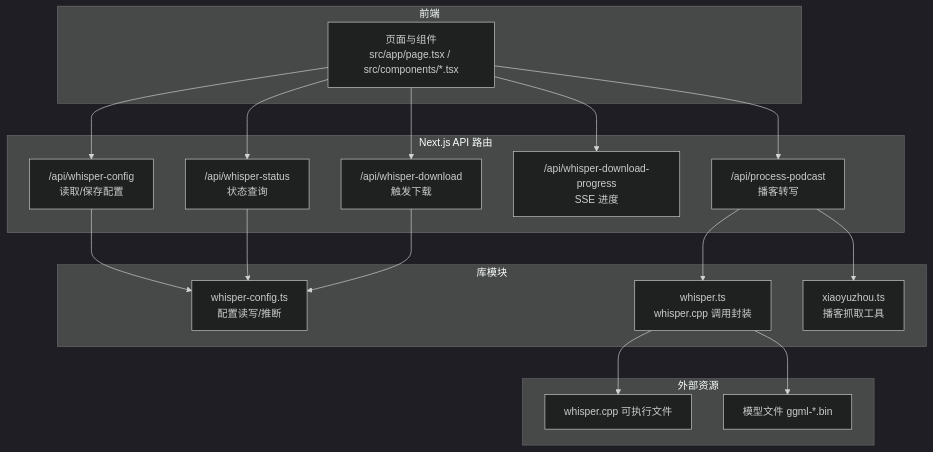
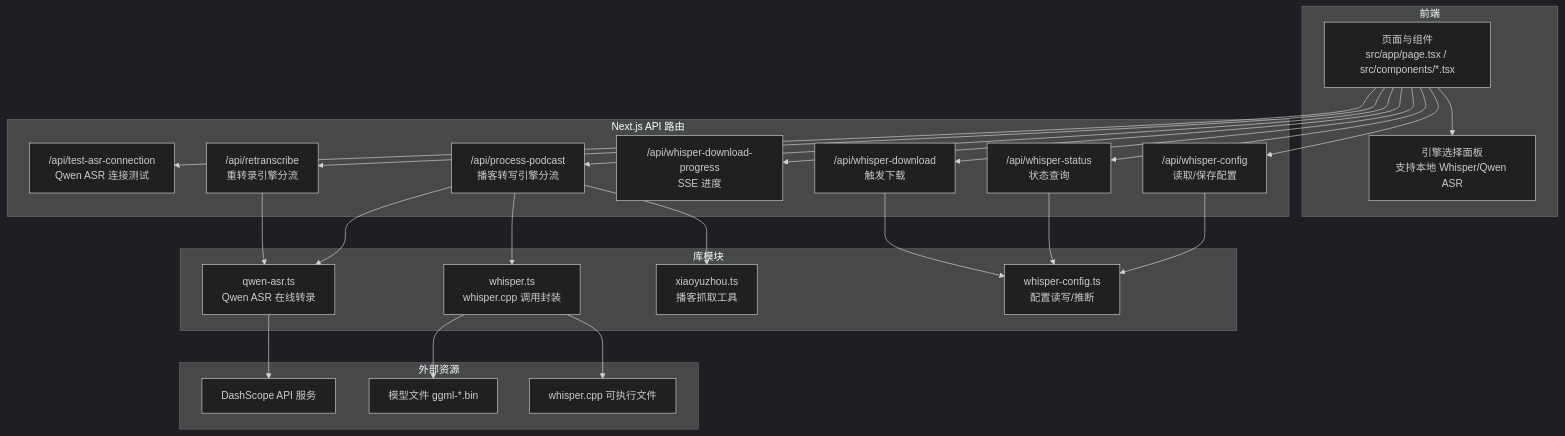
One commit to clawbotai/memo-flow changed the first of 10 diagrams in .qoder/repowiki/zh/content/核心功能模块/语音识别引擎.md. Above: the diagram before and after it, drawn with Mermaid (dark theme). The commit also changed other lines of this file and 4 other files, not shown here.

````diff
--- a/.qoder/repowiki/zh/content/核心功能模块/语音识别引擎.md
+++ b/.qoder/repowiki/zh/content/核心功能模块/语音识别引擎.md
@@ -41,34 +46,45 @@
 ```mermaid
 graph TB
 subgraph "前端"
 UI["页面与组件<br/>src/app/page.tsx / src/components/*.tsx"]
+ENDP["引擎选择面板<br/>支持本地 Whisper/Qwen ASR"]
 end
 subgraph "Next.js API 路由"
 CFG["/api/whisper-config<br/>读取/保存配置"]
 STAT["/api/whisper-status<br/>状态查询"]
 DL["/api/whisper-download<br/>触发下载"]
 PROG["/api/whisper-download-progress<br/>SSE 进度"]
-POD["/api/process-podcast<br/>播客转写"]
+POD["/api/process-podcast<br/>播客转写引擎分流"]
+RET["/api/retranscribe<br/>重转录引擎分流"]
+TEST["/api/test-asr-connection<br/>Qwen ASR 连接测试"]
 end
 subgraph "库模块"
 WCONF["whisper-config.ts<br/>配置读写/推断"]
 WTS["whisper.ts<br/>whisper.cpp 调用封装"]
+QASR["qwen-asr.ts<br/>Qwen ASR 在线转录"]
 XYZ["xiaoyuzhou.ts<br/>播客抓取工具"]
 end
 subgraph "外部资源"
 WCPP["whisper.cpp 可执行文件"]
 MODEL["模型文件 ggml-*.bin"]
+DASHSCOPE["DashScope API 服务"]
 end
+UI --> ENDP
 UI --> CFG
 UI --> STAT
 UI --> DL
 UI --> PROG
 UI --> POD
+UI --> RET
+UI --> TEST
 CFG --> WCONF
 STAT --> WCONF
 DL --> WCONF
 POD --> XYZ
 POD --> WTS
+POD --> QASR
+RET --> QASR
 WTS --> WCPP
 WTS --> MODEL
+QASR --> DASHSCOPE
 ```
````
